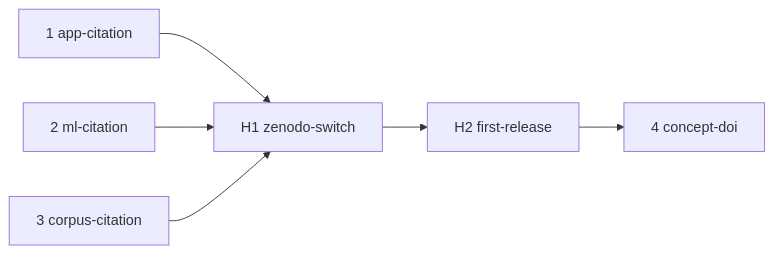
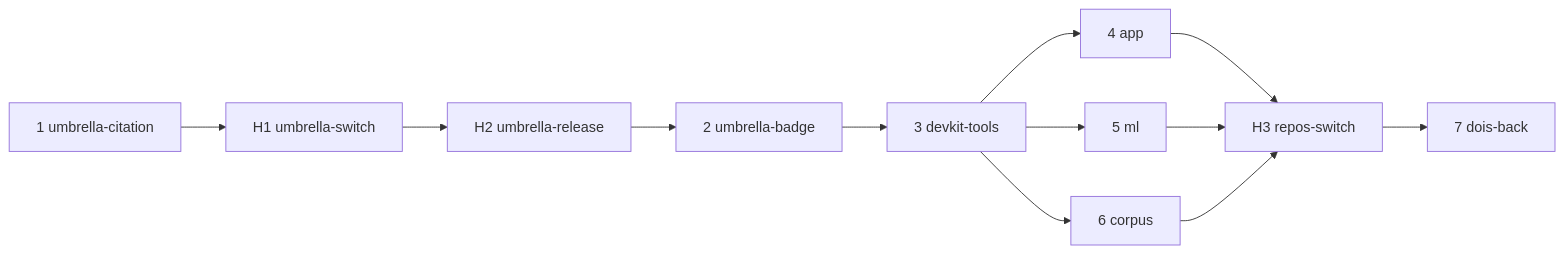
Before and after one commit to marola-dev/marola: the diagram in docs/MIPs/MIP-0079.tasks.md, drawn with Mermaid. The commit also changed other lines of this file and 2 other files, not shown here.

First line of the commit message:
MIP-0079: docs(mips): the umbrella first, .zenodo.json as the source, just release

````diff
--- a/docs/MIPs/MIP-0079.tasks.md
+++ b/docs/MIPs/MIP-0079.tasks.md
@@ -17,8 +20,10 @@
 ```mermaid
 flowchart LR
-  t1[1 app-citation] --> H1[H1 zenodo-switch]
-  t2[2 ml-citation] --> H1
-  t3[3 corpus-citation] --> H1
-  H1 --> H2[H2 first-release]
-  H2 --> t4[4 concept-doi]
+  t1[1 umbrella-citation] --> H1[H1 umbrella-switch]
+  H1 --> H2[H2 umbrella-release]
+  H2 --> t2[2 umbrella-badge]
+  t2 --> t3[3 devkit-tools]
+  t3 --> t4[4 app] & t5[5 ml] & t6[6 corpus]
+  t4 & t5 & t6 --> H3[H3 repos-switch]
+  H3 --> t7[7 dois-back]
 ```
````
